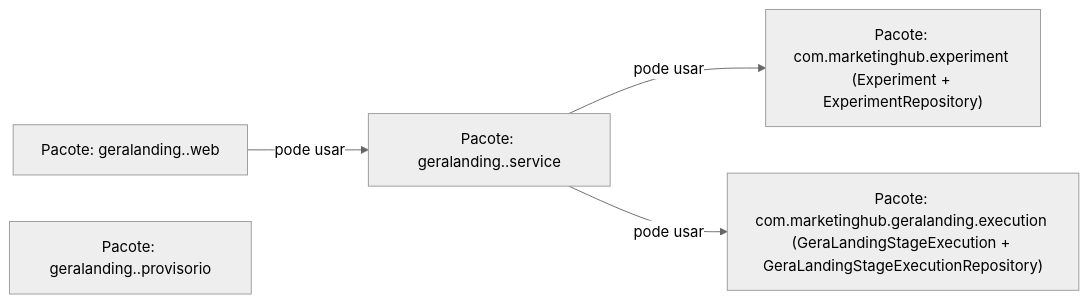
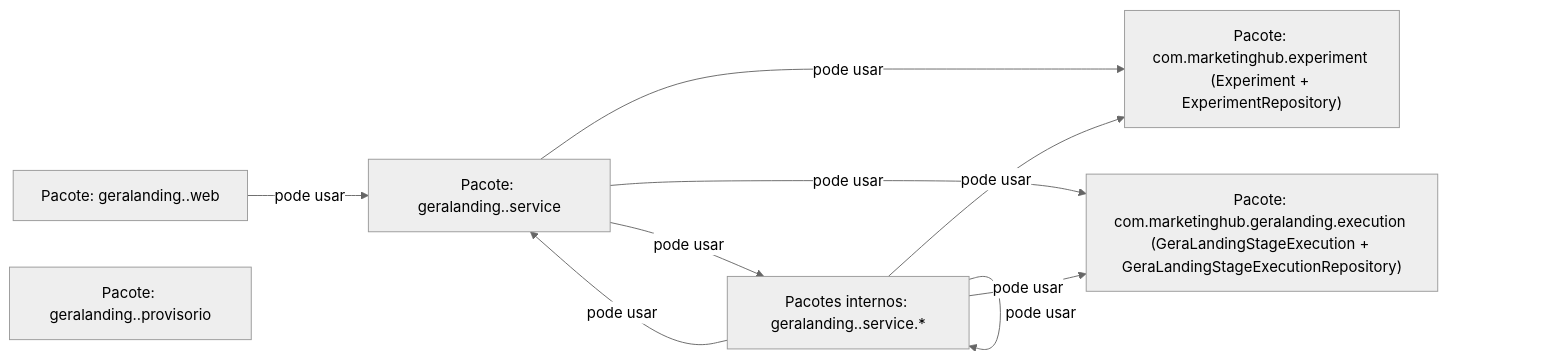
Before and after one commit to paulofor/marketing-hub: the first of 2 diagrams in docs/canonical/geralanding-arquitetura-canon.v1.md, drawn with Mermaid (neutral theme). The commit also changed other lines of this file and 2 other files, not shown here.

Commit message:
Allow GeraLanding service subpackage dependencies

````diff
--- a/docs/canonical/geralanding-arquitetura-canon.v1.md
+++ b/docs/canonical/geralanding-arquitetura-canon.v1.md
@@ -9,12 +9,18 @@
 ```mermaid
 flowchart LR
     WEB["Pacote: geralanding.<etapa>.web"]
     SERV["Pacote: geralanding.<etapa>.service"]
+    SERV_INT["Pacotes internos: geralanding.<etapa>.service.*"]
     PROV["Pacote: geralanding.<etapa>.provisorio"]
     EXP["Pacote: com.marketinghub.experiment (Experiment + ExperimentRepository)"]
     EXEC["Pacote: com.marketinghub.geralanding.execution (GeraLandingStageExecution + GeraLandingStageExecutionRepository)"]
 
     WEB -->|pode usar| SERV
+    SERV -->|pode usar| SERV_INT
+    SERV_INT -->|pode usar| SERV
+    SERV_INT -->|pode usar| SERV_INT
     SERV -->|pode usar| EXP
     SERV -->|pode usar| EXEC
+    SERV_INT -->|pode usar| EXP
+    SERV_INT -->|pode usar| EXEC
 ```
````
